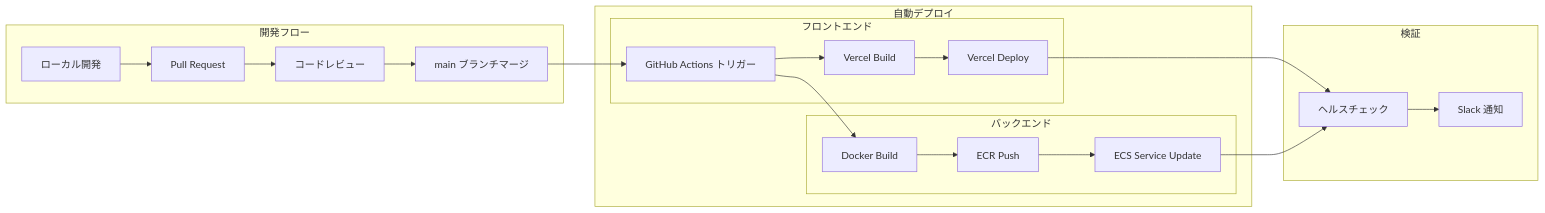
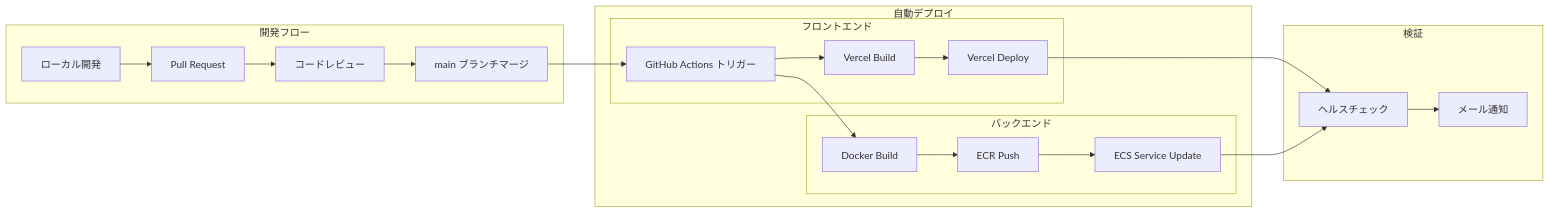
One commit to fK470/fusen changed the fifth of 5 diagrams in docs/system-architecture.md. Above: the diagram before and after it, drawn with Mermaid. The commit also changed other lines of this file and 1 other file, not shown here.

First line of the commit message:
Fix Mermaid diagram errors in system architecture documentation (#16)

````diff
--- a/docs/system-architecture.md
+++ b/docs/system-architecture.md
@@ -237,29 +196,29 @@
 ```mermaid
 graph LR
     subgraph "開発フロー"
         DEV[ローカル開発] --> PR[Pull Request]
         PR --> REVIEW[コードレビュー]
         REVIEW --> MERGE[main ブランチマージ]
     end
     
     subgraph "自動デプロイ"
         MERGE --> TRIGGER[GitHub Actions トリガー]
         
         subgraph "フロントエンド"
             TRIGGER --> VERCEL_BUILD[Vercel Build]
             VERCEL_BUILD --> VERCEL_DEPLOY[Vercel Deploy]
         end
         
         subgraph "バックエンド"
             TRIGGER --> BUILD[Docker Build]
             BUILD --> ECR_PUSH[ECR Push]
             ECR_PUSH --> ECS_DEPLOY[ECS Service Update]
         end
     end
     
     subgraph "検証"
         VERCEL_DEPLOY --> HEALTH_CHECK[ヘルスチェック]
         ECS_DEPLOY --> HEALTH_CHECK
-        HEALTH_CHECK --> NOTIFICATION[Slack 通知]
+        HEALTH_CHECK --> NOTIFICATION[メール通知]
     end
 ```
````
